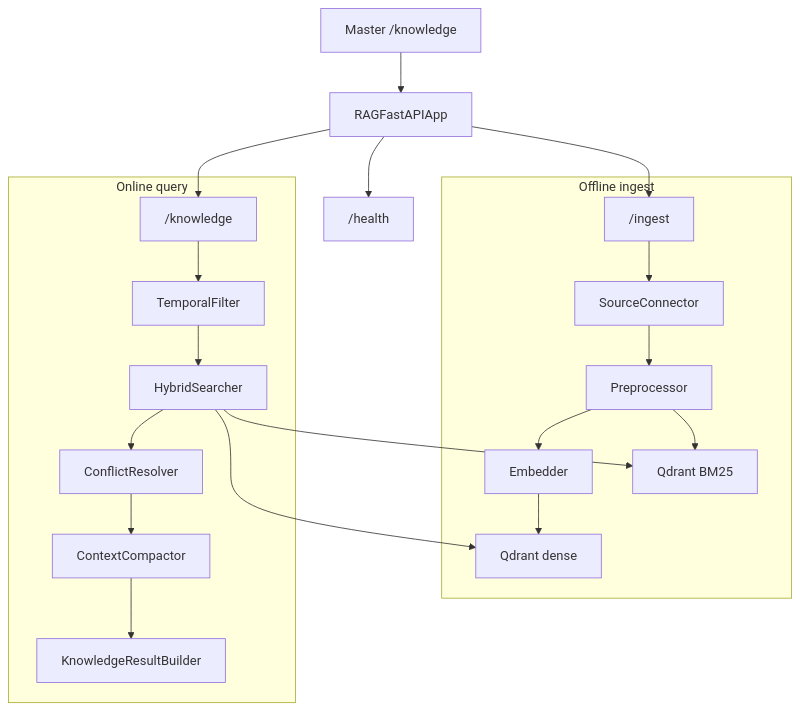
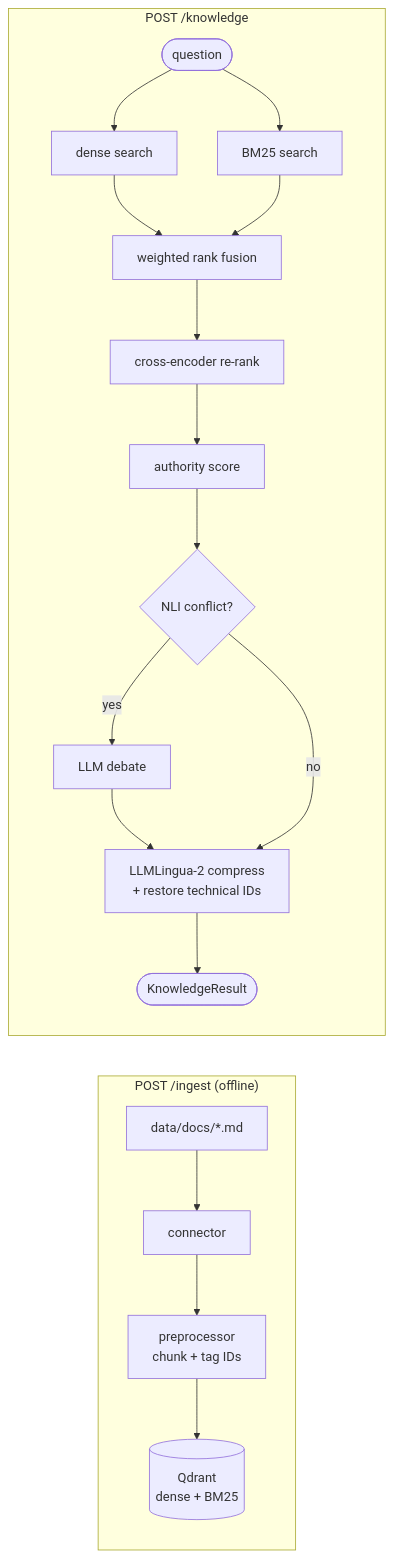
Before and after one commit to B4S1C-Coder/NexGen: the diagram in rag/README.md, drawn with Mermaid. The commit also changed other lines of this file and 3130 other files, not shown here.

````diff
--- a/rag/README.md
+++ b/rag/README.md
@@ -3,26 +7,12 @@
 ```mermaid
-flowchart TD
-    client["Master /knowledge"] --> api[RAGFastAPIApp]
-    api --> knowledgeRoute["/knowledge"]
-    api --> ingestRoute["/ingest"]
-    api --> healthRoute["/health"]
-
-    subgraph offlineIngest["Offline ingest"]
-        ingestRoute --> connector[SourceConnector]
-        connector --> preprocessor[Preprocessor]
-        preprocessor --> embedder[Embedder]
-        embedder --> qdrantDense["Qdrant dense"]
-        preprocessor --> qdrantSparse["Qdrant BM25"]
+flowchart LR
+    subgraph Ingest["POST /ingest (offline)"]
+        F[data/docs/*.md] --> C[connector] --> P[preprocessor<br/>chunk + tag IDs] --> Q[(Qdrant<br/>dense + BM25)]
     end
-
-    subgraph onlineQuery["Online query"]
-        knowledgeRoute --> temporalFilter[TemporalFilter]
-        temporalFilter --> hybridSearch[HybridSearcher]
-        hybridSearch --> conflictResolver[ConflictResolver]
-        conflictResolver --> compactor[ContextCompactor]
-        compactor --> responseBuilder[KnowledgeResultBuilder]
+    subgraph Query["POST /knowledge"]
+        K([question]) --> D[dense search] & S[BM25 search]
+        D & S --> W[weighted rank fusion] --> R[cross-encoder re-rank] --> A[authority score]
+        A --> N{NLI conflict?} -- yes --> B[LLM debate] --> X
+        N -- no --> X[LLMLingua-2 compress<br/>+ restore technical IDs] --> O([KnowledgeResult])
     end
-
-    hybridSearch --> qdrantDense
-    hybridSearch --> qdrantSparse
 ```
````
